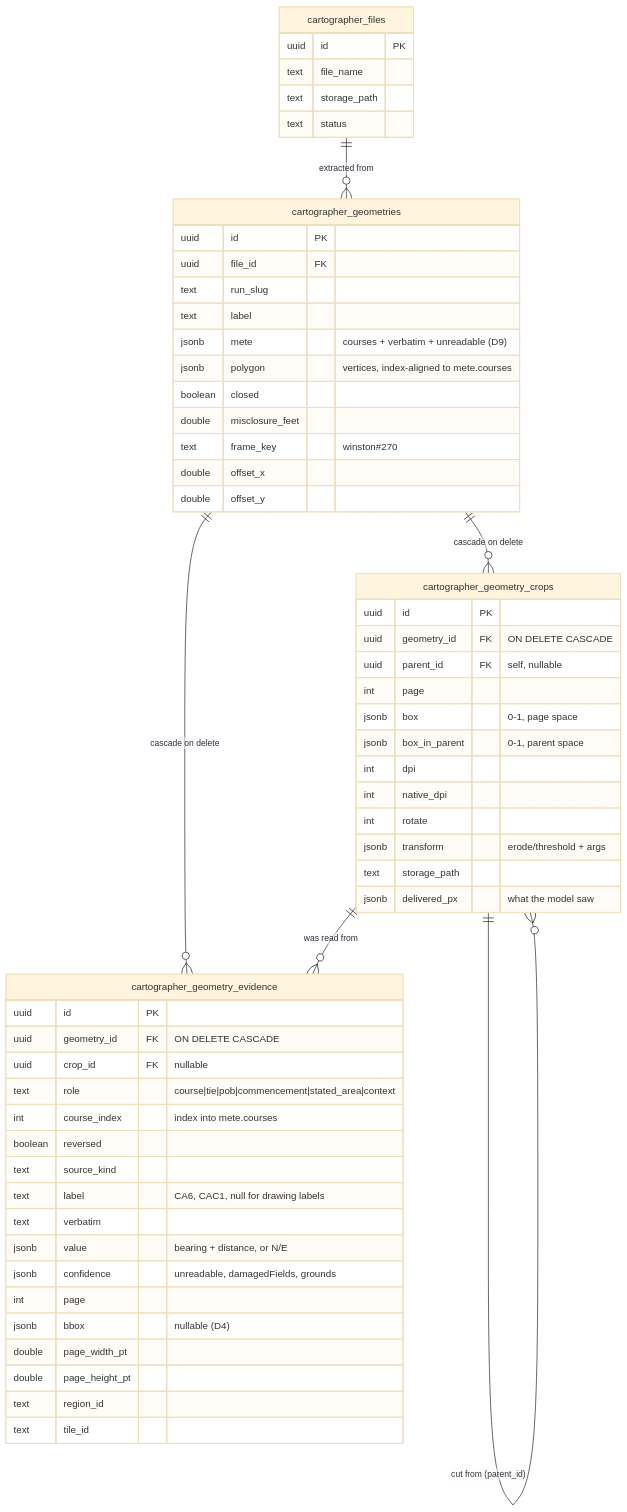
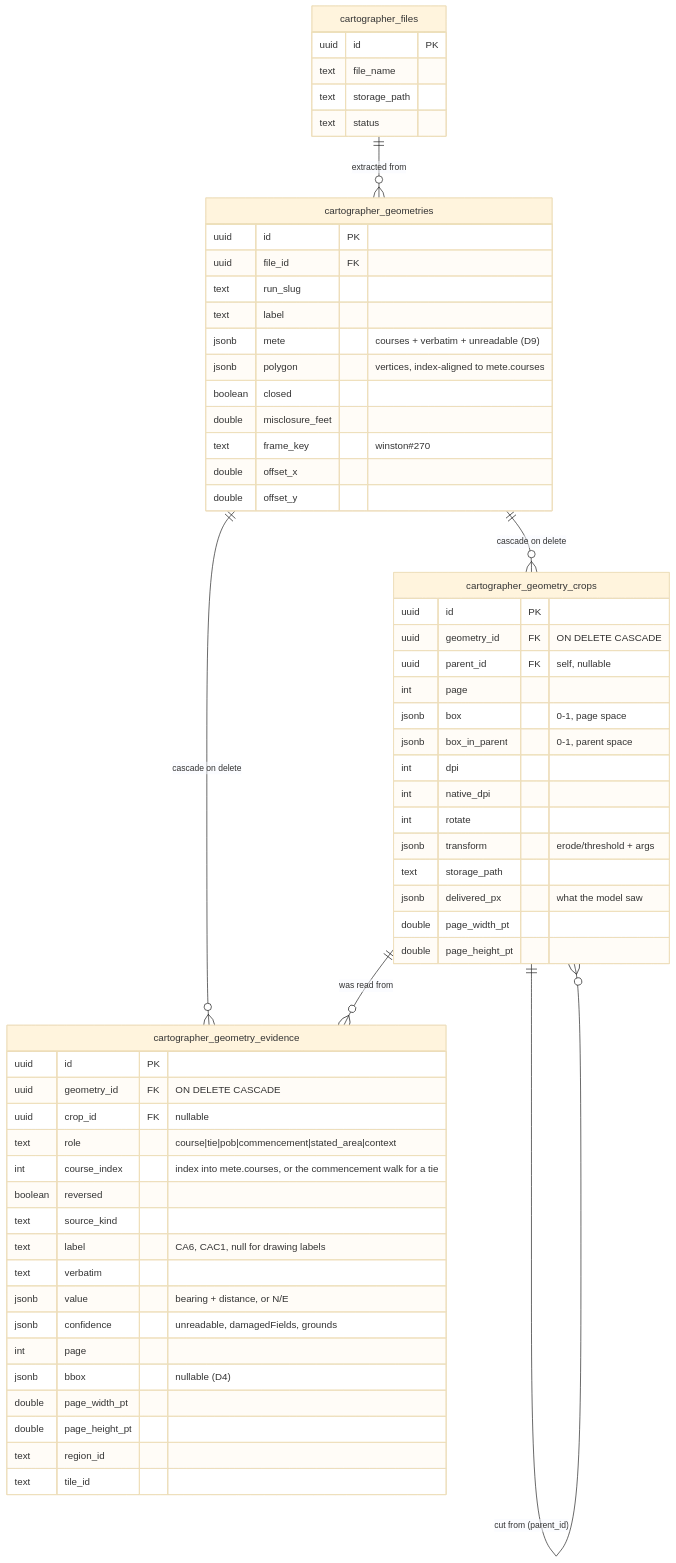
One commit to wnavey/winston changed the first of 2 diagrams in workspaces/cartographer/geometry-extraction/evidence/DESIGN-SPEC.md. Above: the diagram before and after it, drawn with Mermaid (base theme). The commit also changed other lines of this file and 2 other files, not shown here.

````diff
--- a/workspaces/cartographer/geometry-extraction/evidence/DESIGN-SPEC.md
+++ b/workspaces/cartographer/geometry-extraction/evidence/DESIGN-SPEC.md
@@ -153,64 +157,66 @@
 ```mermaid
 erDiagram
     cartographer_files ||--o{ cartographer_geometries : "extracted from"
     cartographer_geometries ||--o{ cartographer_geometry_crops : "cascade on delete"
     cartographer_geometries ||--o{ cartographer_geometry_evidence : "cascade on delete"
     cartographer_geometry_crops ||--o{ cartographer_geometry_evidence : "was read from"
     cartographer_geometry_crops ||--o{ cartographer_geometry_crops : "cut from (parent_id)"
 
     cartographer_files {
         uuid id PK
         text file_name
         text storage_path
         text status
     }
 
     cartographer_geometries {
         uuid id PK
         uuid file_id FK
         text run_slug
         text label
         jsonb mete "courses + verbatim + unreadable (D9)"
         jsonb polygon "vertices, index-aligned to mete.courses"
         boolean closed
         double misclosure_feet
         text frame_key "winston#270"
         double offset_x
         double offset_y
     }
 
     cartographer_geometry_crops {
         uuid id PK
         uuid geometry_id FK "ON DELETE CASCADE"
         uuid parent_id FK "self, nullable"
         int page
         jsonb box "0-1, page space"
         jsonb box_in_parent "0-1, parent space"
         int dpi
         int native_dpi
         int rotate
         jsonb transform "erode/threshold + args"
         text storage_path
         jsonb delivered_px "what the model saw"
+        double page_width_pt
+        double page_height_pt
     }
 
     cartographer_geometry_evidence {
         uuid id PK
         uuid geometry_id FK "ON DELETE CASCADE"
         uuid crop_id FK "nullable"
         text role "course|tie|pob|commencement|stated_area|context"
-        int course_index "index into mete.courses"
+        int course_index "index into mete.courses, or the commencement walk for a tie"
         boolean reversed
         text source_kind
         text label "CA6, CAC1, null for drawing labels"
         text verbatim
         jsonb value "bearing + distance, or N/E"
         jsonb confidence "unreadable, damagedFields, grounds"
         int page
         jsonb bbox "nullable (D4)"
         double page_width_pt
         double page_height_pt
         text region_id
         text tile_id
     }
 ```
````
